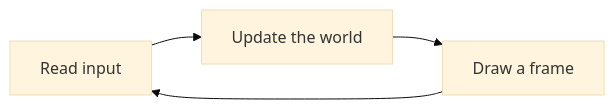
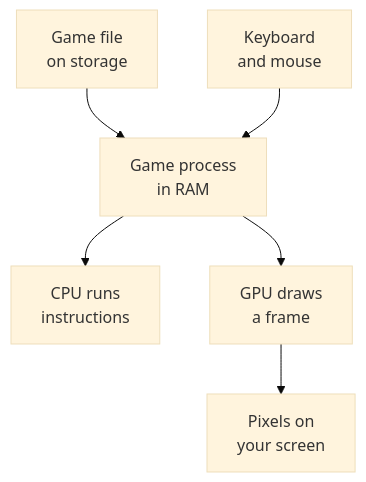
The diagram in _pages/1/02.md (MustCodeAl/rust-game-hacking-book), drawn with Mermaid (base theme) before and after one commit. The commit also changed other lines of this file and 39 other files, not shown here.

````diff
--- a/_pages/1/02.md
+++ b/_pages/1/02.md
@@ -17,6 +29,8 @@
 ```mermaid
-flowchart LR
-    A["Read input"] --> B["Update the world"]
-    B --> C["Draw a frame"]
-    C --> A
+flowchart TD
+    A["Game file<br/>on storage"] --> B["Game process<br/>in RAM"]
+    B --> C["CPU runs<br/>instructions"]
+    B --> D["GPU draws<br/>a frame"]
+    E["Keyboard<br/>and mouse"] --> B
+    D --> F["Pixels on<br/>your screen"]
 ```
````
